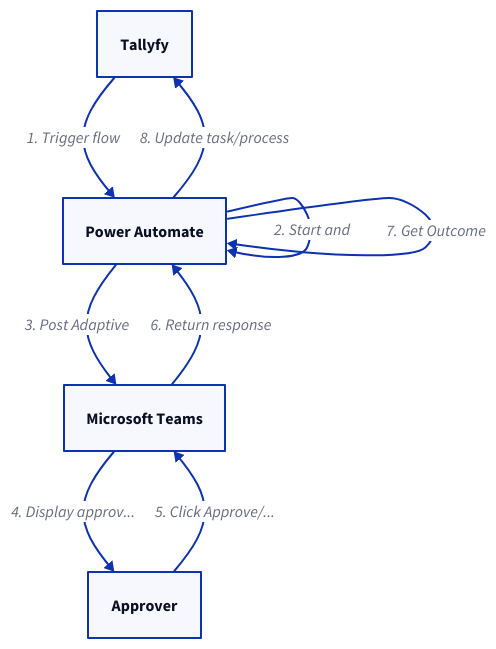
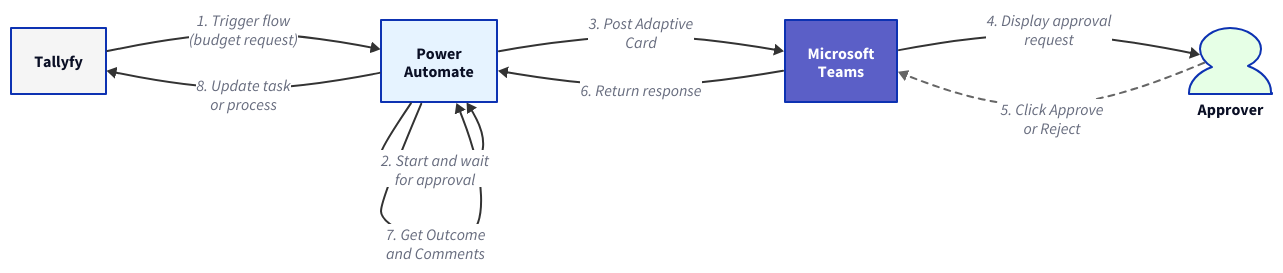
The diagram in src/content/docs/pro/integrations/middleware/power-automate/integrating-power-automate-approvals-with-microsoft-teams.mdx (tallyfy/documentation), drawn with D2 before and after one commit. The commit also changed 17 other files, not shown here.

````diff
--- a/src/content/docs/pro/integrations/middleware/power-automate/integrating-power-automate-approvals-with-microsoft-teams.mdx
+++ b/src/content/docs/pro/integrations/middleware/power-automate/integrating-power-automate-approvals-with-microsoft-teams.mdx
@@ -84,18 +84,60 @@
 ```d2
-T: "Tallyfy"
-PA: "Power Automate"
-Teams: "Microsoft Teams"
-U: "Approver"
+direction: right
+
+Tallyfy: "Tallyfy" {
+  shape: rectangle
+  style.fill: "#f5f5f5"
+}
+
+PA: "Power\nAutomate" {
+  shape: rectangle
+  style.fill: "#e6f3ff"
+}
+
+Teams: "Microsoft\nTeams" {
+  shape: rectangle
+  style.fill: "#5b5fc7"
+  style.font-color: "#fff"
+}
+
+Approver: "Approver" {
+  shape: person
+  style.fill: "#e6ffe6"
+}
 
 # Budget Approval Request Flow
-T -> PA: "1. Trigger flow"
-PA -> PA: "2. Start and"
-PA -> Teams: "3. Post Adaptive"
-Teams -> U: "4. Display approv..."
+Tallyfy -> PA: "1. Trigger flow\n(budget request)" {
+  style.stroke: "#333"
+}
+
+PA -> PA: "2. Start and wait\nfor approval" {
+  style.stroke: "#333"
+}
+
+PA -> Teams: "3. Post Adaptive\nCard" {
+  style.stroke: "#333"
+}
+
+Teams -> Approver: "4. Display approval\nrequest" {
+  style.stroke: "#333"
+}
+
 # Flow paused waiting for response
-U -> Teams: "5. Click Approve/..."
-Teams -> PA: "6. Return response"
-PA -> PA: "7. Get Outcome"
-PA -> T: "8. Update task/process"
-# Process continues based on approval
+Approver -> Teams: "5. Click Approve\nor Reject" {
+  style.stroke: "#666"
+  style.stroke-dash: 3
+}
+
+Teams -> PA: "6. Return response" {
+  style.stroke: "#333"
+}
+
+PA -> PA: "7. Get Outcome\nand Comments" {
+  style.stroke: "#333"
+}
+
+PA -> Tallyfy: "8. Update task\nor process" {
+  style.stroke: "#333"
+  style.stroke-width: 2
+}
 ```
````
